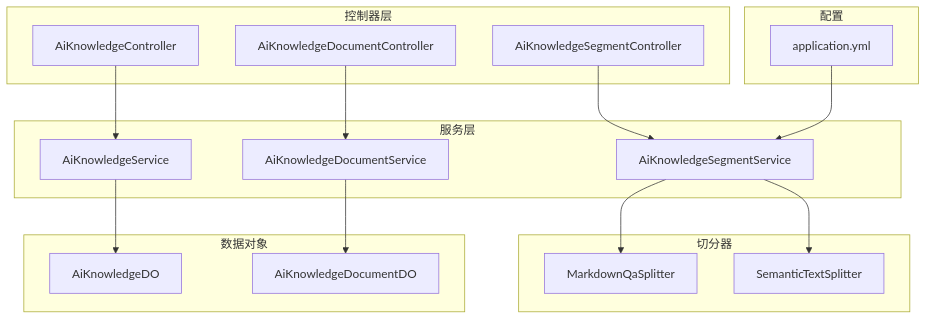
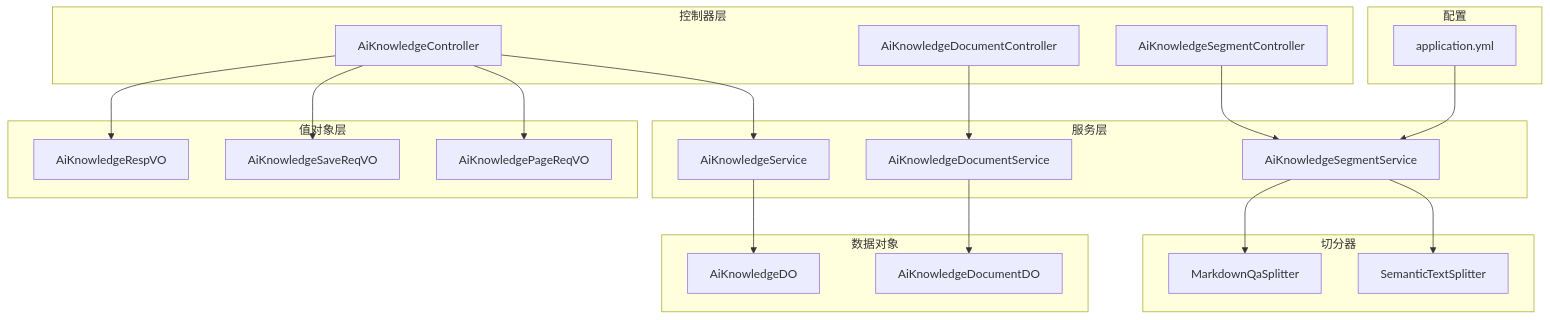
One commit to X555LB/data-ai changed the first of 8 diagrams in .qoder/repowiki/zh/content/知识库管理系统/知识库管理系统.md. Above: the diagram before and after it, drawn with Mermaid. The commit also changed other lines of this file and 31 other files, not shown here.

````diff
--- a/.qoder/repowiki/zh/content/知识库管理系统/知识库管理系统.md
+++ b/.qoder/repowiki/zh/content/知识库管理系统/知识库管理系统.md
@@ -42,32 +56,40 @@
 ```mermaid
 graph TB
 subgraph "控制器层"
 KCtrl["AiKnowledgeController"]
 DCtrl["AiKnowledgeDocumentController"]
 SCtrl["AiKnowledgeSegmentController"]
 end
 subgraph "服务层"
 KSvc["AiKnowledgeService"]
 DSvc["AiKnowledgeDocumentService"]
 SSvc["AiKnowledgeSegmentService"]
+end
+subgraph "值对象层"
+KRespVO["AiKnowledgeRespVO"]
+KSaveReqVO["AiKnowledgeSaveReqVO"]
+KPageReqVO["AiKnowledgePageReqVO"]
 end
 subgraph "切分器"
 MDS["MarkdownQaSplitter"]
 SDS["SemanticTextSplitter"]
 end
 subgraph "数据对象"
 KDO["AiKnowledgeDO"]
 DDO["AiKnowledgeDocumentDO"]
 end
 subgraph "配置"
 CFG["application.yml"]
 end
 KCtrl --> KSvc
+KCtrl --> KRespVO
+KCtrl --> KSaveReqVO
+KCtrl --> KPageReqVO
 DCtrl --> DSvc
 SCtrl --> SSvc
 SSvc --> MDS
 SSvc --> SDS
 KSvc --> KDO
 DSvc --> DDO
 CFG --> SSvc
 ```
````
